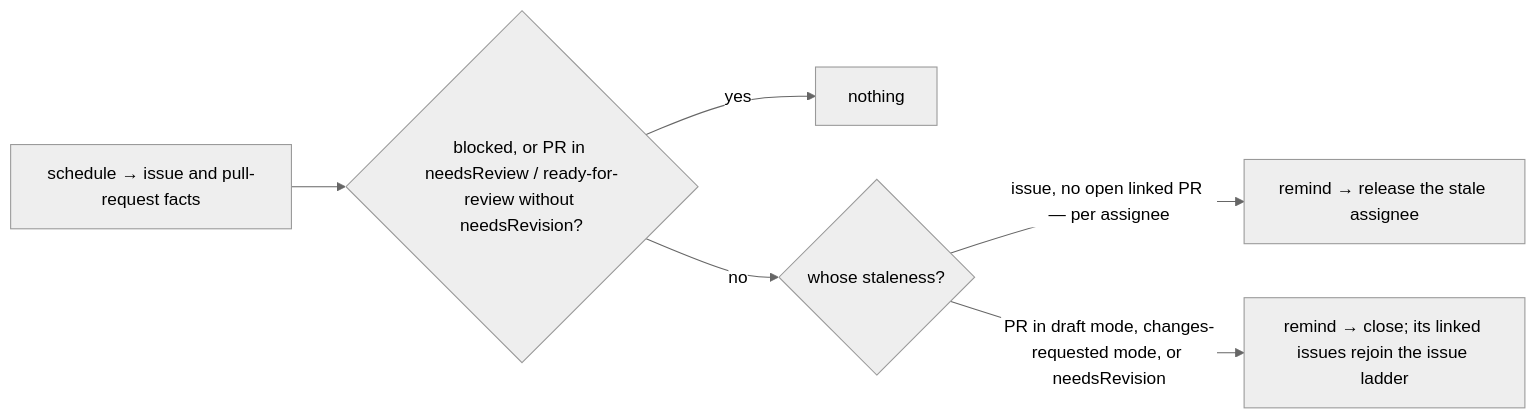
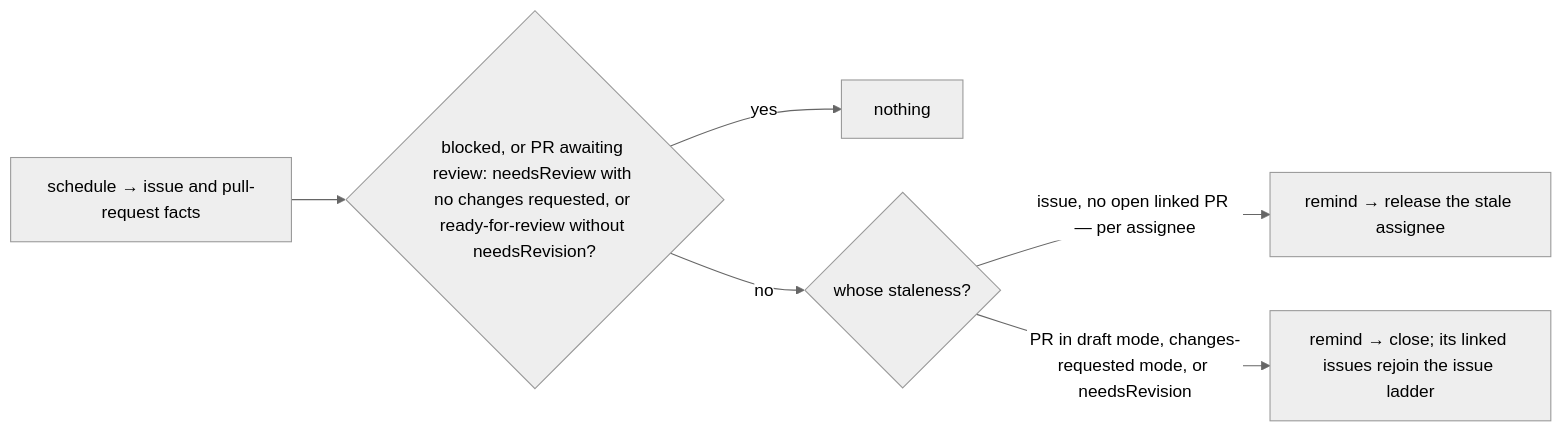
The diagram in packages/capabilities/src/inactivity/design.md (cheese-cakee/sdk-automations), drawn with Mermaid (neutral theme) before and after one commit. The commit also changed other lines of this file and 3 other files, not shown here.

First line of the commit message:
fix: review requested (#244)

````diff
--- a/packages/capabilities/src/inactivity/design.md
+++ b/packages/capabilities/src/inactivity/design.md
@@ -128,8 +129,8 @@
 ```mermaid
 flowchart LR
-    S["schedule → issue and pull-request facts"] --> X{"blocked, or PR in needsReview / ready-for-review without needsRevision?"}
+    S["schedule → issue and pull-request facts"] --> X{"blocked, or PR awaiting review: needsReview with no changes requested, or ready-for-review without needsRevision?"}
     X -->|yes| N["nothing"]
     X -->|no| C{"whose staleness?"}
     C -->|"issue, no open linked PR — per assignee"| I1["remind → release the stale assignee"]
     C -->|"PR in draft mode, changes-requested mode, or needsRevision"| P1["remind → close; its linked issues rejoin the issue ladder"]
 ```
````
